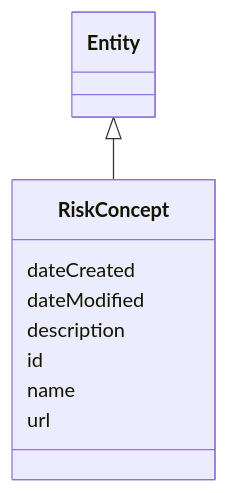
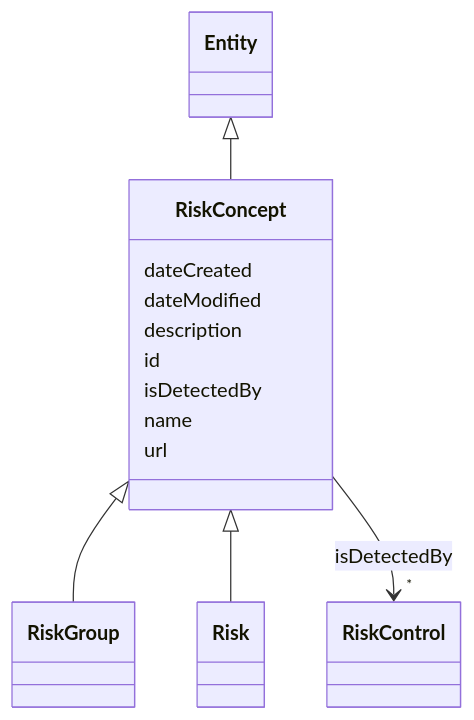
The diagram in docs/ontology/RiskConcept.md (zrlfba/risk-atlas-nexus), drawn with Mermaid before and after one commit. The commit also changed other lines of this file and 60 other files, not shown here.

````diff
--- a/docs/ontology/RiskConcept.md
+++ b/docs/ontology/RiskConcept.md
@@ -19,21 +19,37 @@
 ```mermaid
  classDiagram
     class RiskConcept
     click RiskConcept href "../RiskConcept"
       Entity <|-- RiskConcept
         click Entity href "../Entity"
+      
+
+      RiskConcept <|-- RiskGroup
+        click RiskGroup href "../RiskGroup"
+      RiskConcept <|-- Risk
+        click Risk href "../Risk"
+      
       
       RiskConcept : dateCreated
         
       RiskConcept : dateModified
         
       RiskConcept : description
         
       RiskConcept : id
         
+      RiskConcept : isDetectedBy
+        
+          
+    
+    
+    RiskConcept --> "*" RiskControl : isDetectedBy
+    click RiskControl href "../RiskControl"
+
+        
       RiskConcept : name
         
       RiskConcept : url
         
       
 ```
````
